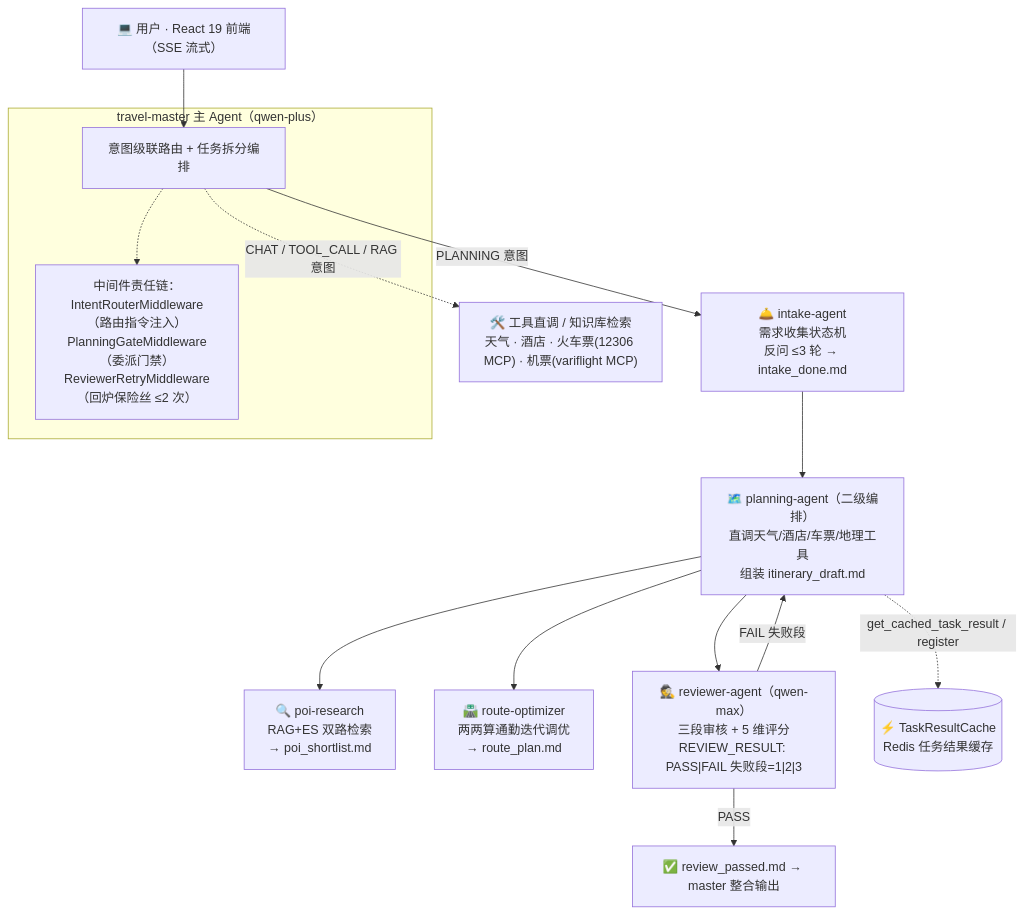
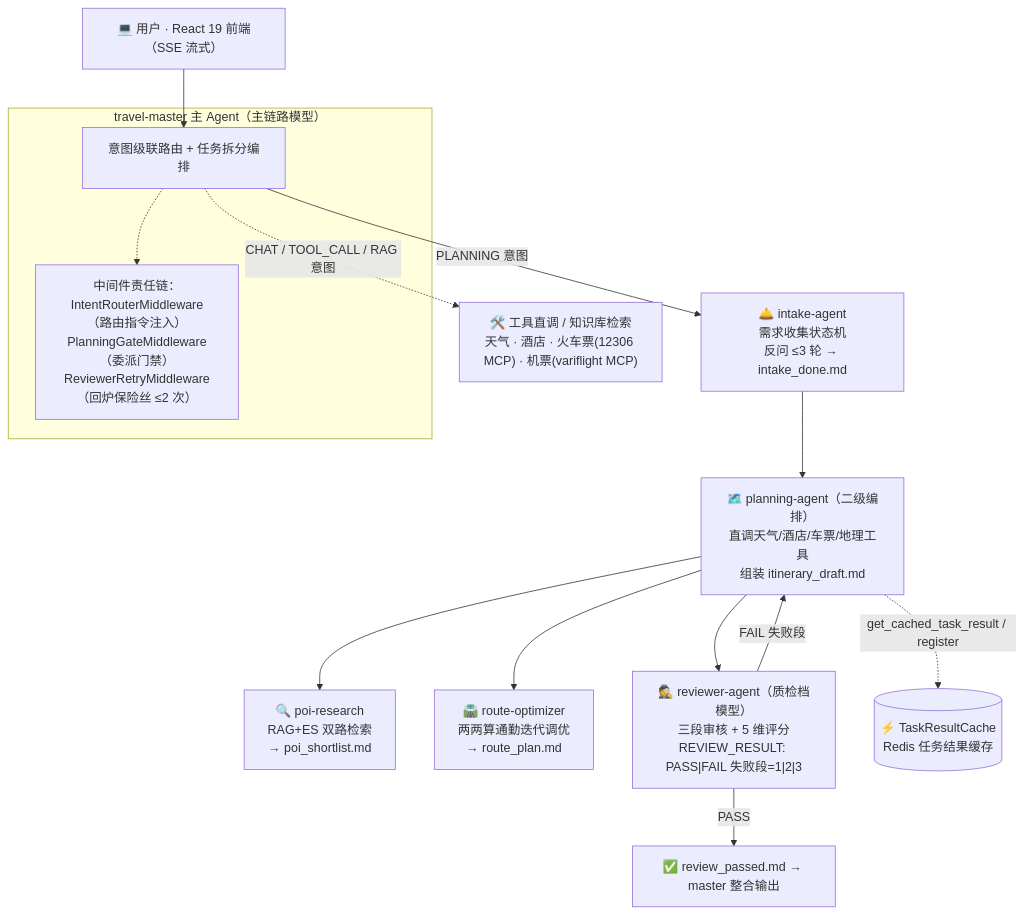
Before and after one commit to Kilsme/TravelScope: the diagram in README.md, drawn with Mermaid. The commit also changed other lines of this file and 26 other files, not shown here.

````diff
--- a/README.md
+++ b/README.md
@@ -49,20 +49,20 @@
 ```mermaid
 flowchart TD
     U["💻 用户 · React 19 前端（SSE 流式）"] --> M
 
-    subgraph MAST ["travel-master 主 Agent（qwen-plus）"]
+    subgraph MAST ["travel-master 主 Agent（主链路模型）"]
         M["意图级联路由 + 任务拆分编排"]
         M -.-> MW["中间件责任链：<br/>IntentRouterMiddleware（路由指令注入）<br/>PlanningGateMiddleware（委派门禁）<br/>ReviewerRetryMiddleware（回炉保险丝 ≤2 次）"]
     end
 
     M -->|PLANNING 意图| I["🛎️ intake-agent<br/>需求收集状态机<br/>反问 ≤3 轮 → intake_done.md"]
     I --> P["🗺️ planning-agent（二级编排）<br/>直调天气/酒店/车票/地理工具<br/>组装 itinerary_draft.md"]
     P --> POI["🔍 poi-research<br/>RAG+ES 双路检索<br/>→ poi_shortlist.md"]
     P --> RT["🛣️ route-optimizer<br/>两两算通勤迭代调优<br/>→ route_plan.md"]
-    P --> RV["🕵️ reviewer-agent（qwen-max）<br/>三段审核 + 5 维评分<br/>REVIEW_RESULT: PASS|FAIL 失败段=1|2|3"]
+    P --> RV["🕵️ reviewer-agent（质检档模型）<br/>三段审核 + 5 维评分<br/>REVIEW_RESULT: PASS|FAIL 失败段=1|2|3"]
     RV -->|"FAIL 失败段"| P
     RV -->|"PASS"| OUT["✅ review_passed.md → master 整合输出"]
 
     P -.->|get_cached_task_result / register| C[("⚡ TaskResultCache<br/>Redis 任务结果缓存")]
     M -.->|CHAT / TOOL_CALL / RAG 意图| T["🛠️ 工具直调 / 知识库检索<br/>天气 · 酒店 · 火车票(12306 MCP) · 机票(variflight MCP)"]
 ```
````
